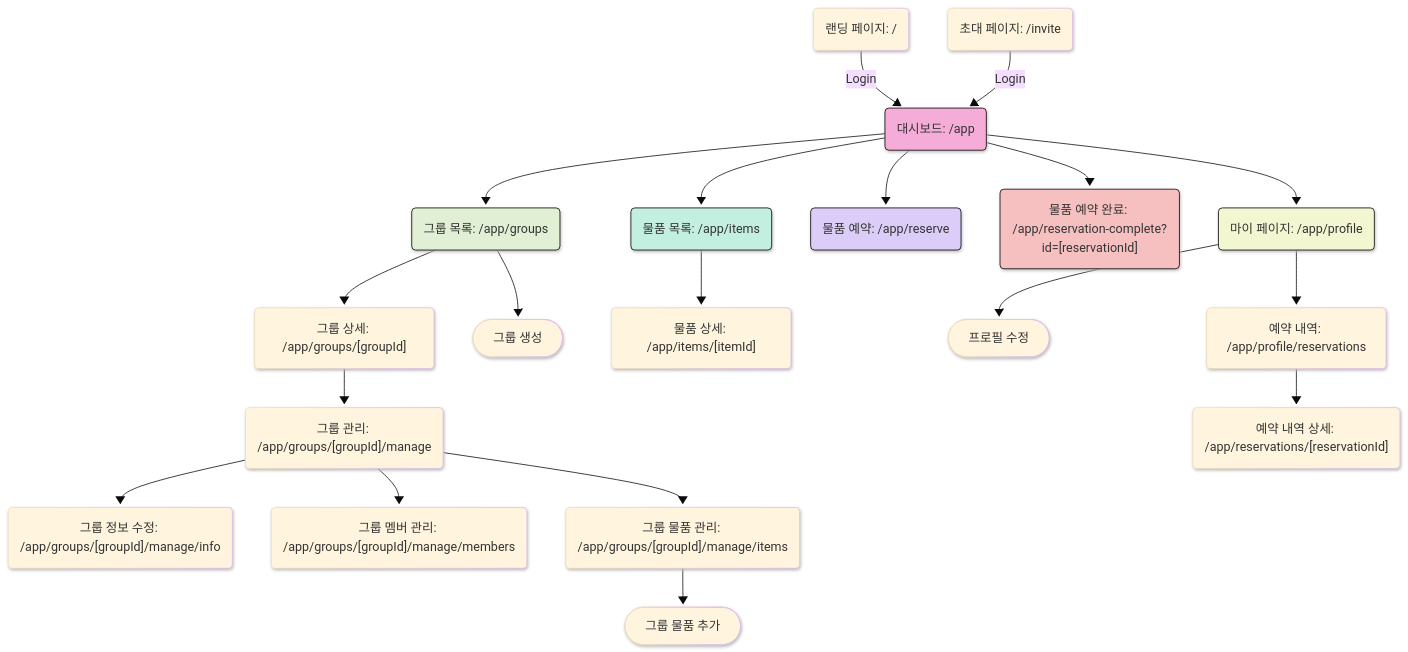
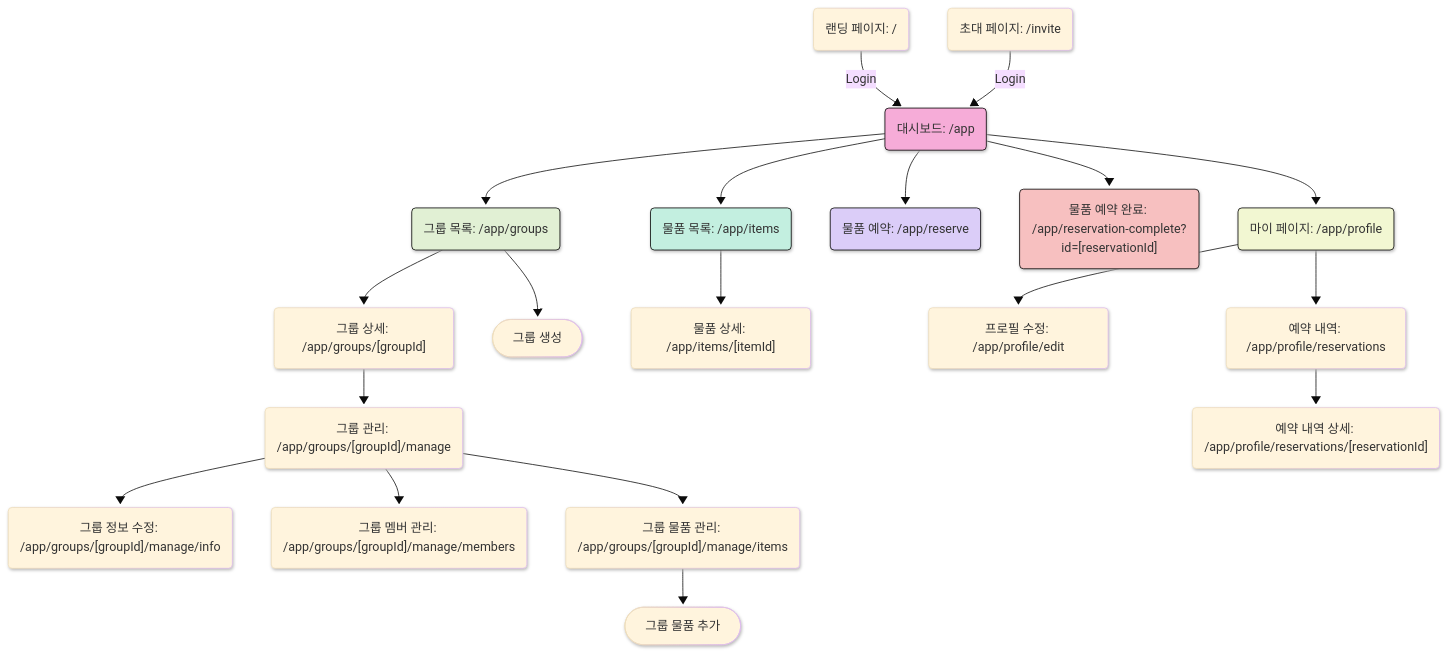
One commit to SWYP-8-TEAM14/WeShare-FE changed the diagram in README.md. Above: the diagram before and after it, drawn with Mermaid.

Commit message:
fix: README.md에서 페이지 경로 업데이트

````diff
--- a/README.md
+++ b/README.md
@@ -37,25 +37,25 @@
 ```mermaid
 ---
 config:
   theme: base
   look: neo
 ---
 flowchart TB
     Landing("랜딩 페이지: /") -- Login --> App("대시보드: /app")
     Invitation("초대 페이지: /invite") -- Login --> App
     App --> Groups("그룹 목록: /app/groups") & Items("물품 목록: /app/items") & ItemReservation("물품 예약: /app/reserve") & ItemReservationComplete("물품 예약 완료: /app/reservation-complete?id=[reservationId]") & Profile("마이 페이지: /app/profile")
     Groups --> GroupDetails("그룹 상세: /app/groups/[groupId]") & GroupCreation(["그룹 생성"])
     GroupDetails --> GroupManage("그룹 관리: /app/groups/[groupId]/manage")
     GroupManage --> EditGroupInformation("그룹 정보 수정: /app/groups/[groupId]/manage/info") & GroupMemberManagement("그룹 멤버 관리: /app/groups/[groupId]/manage/members") & GroupItemManagement("그룹 물품 관리: /app/groups/[groupId]/manage/items")
     GroupItemManagement --> AddGroupItem(["그룹 물품 추가"])
     Items --> ItemDetails("물품 상세: /app/items/[itemId]")
-    Profile --> EditProfile(["프로필 수정"]) & ReservationHistory("예약 내역: /app/profile/reservations")
-    ReservationHistory --> ReservationHistoryDetail("예약 내역 상세: /app/reservations/[reservationId]")
+    Profile --> EditProfile("프로필 수정: /app/profile/edit") & ReservationHistory("예약 내역: /app/profile/reservations")
+    ReservationHistory --> ReservationHistoryDetail("예약 내역 상세: /app/profile/reservations/[reservationId]")
     style App stroke:#000000,fill:#F6ACD8
     style Groups stroke:#000000,fill:#E1F0D4 
     style Items stroke:#000000,fill:#C3EFE0 
     style ItemReservation stroke:#000000,fill:#DBCDF8
     style ItemReservationComplete stroke:#000000,fill:#f7c0c0
     style Profile stroke:#000000,fill:#F2F7D2
 
 ```
````
